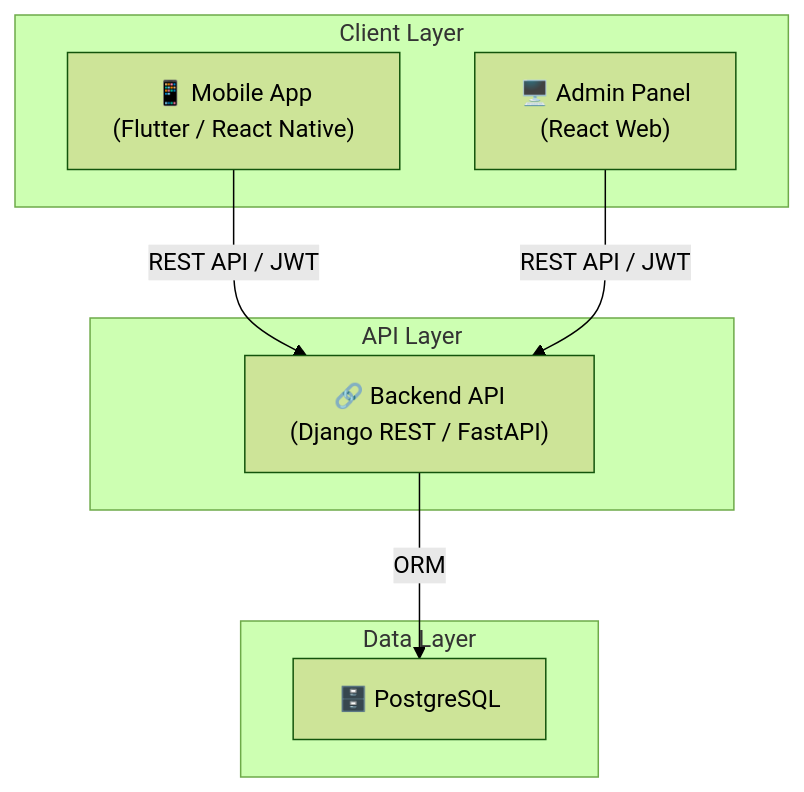
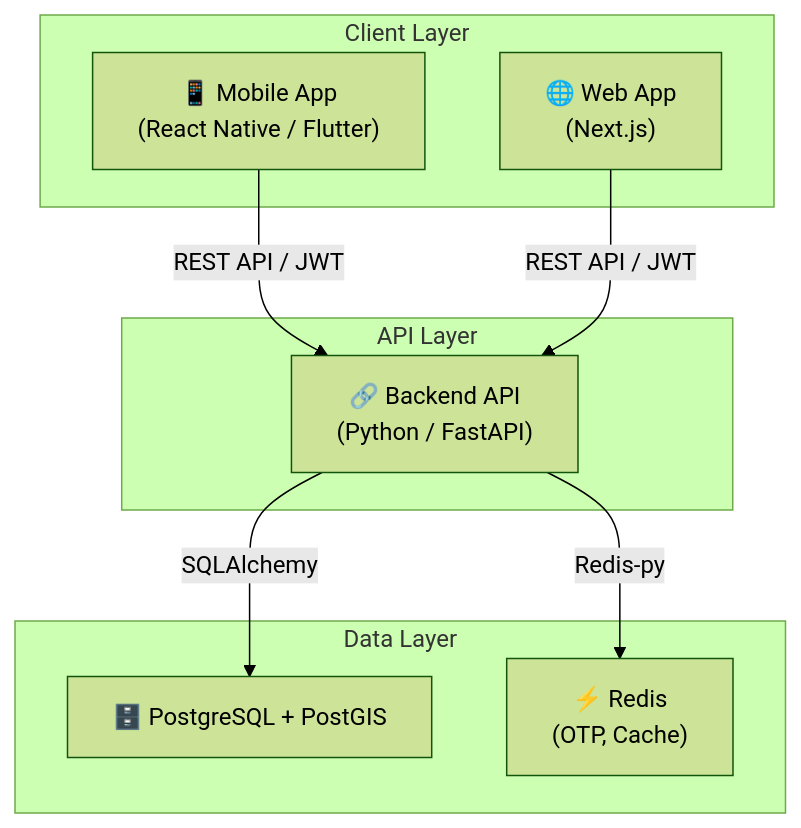
Before and after one commit to JosephIsrafilov/yolustu: the diagram in docs/architecture.md, drawn with Mermaid (forest theme). The commit also changed other lines of this file and 43 other files, not shown here.

First line of the commit message:
feat(auth): add OTP verification flow and update authentication methods

````diff
--- a/docs/architecture.md
+++ b/docs/architecture.md
@@ -5,19 +7,21 @@
 ```mermaid
 graph TB
     subgraph "Client Layer"
-        MA["📱 Mobile App<br/>(Flutter / React Native)"]
-        AP["🖥️ Admin Panel<br/>(React Web)"]
+        MA["📱 Mobile App<br/>(React Native / Flutter)"]
+        WA["🌐 Web App<br/>(Next.js)"]
     end
     
     subgraph "API Layer"
-        API["🔗 Backend API<br/>(Django REST / FastAPI)"]
+        API["🔗 Backend API<br/>(Python / FastAPI)"]
     end
     
     subgraph "Data Layer"
-        DB["🗄️ PostgreSQL"]
+        DB["🗄️ PostgreSQL + PostGIS"]
+        RD["⚡ Redis<br/>(OTP, Cache)"]
     end
     
     MA -->|REST API / JWT| API
-    AP -->|REST API / JWT| API
-    API -->|ORM| DB
+    WA -->|REST API / JWT| API
+    API -->|SQLAlchemy| DB
+    API -->|Redis-py| RD
 ```
````
